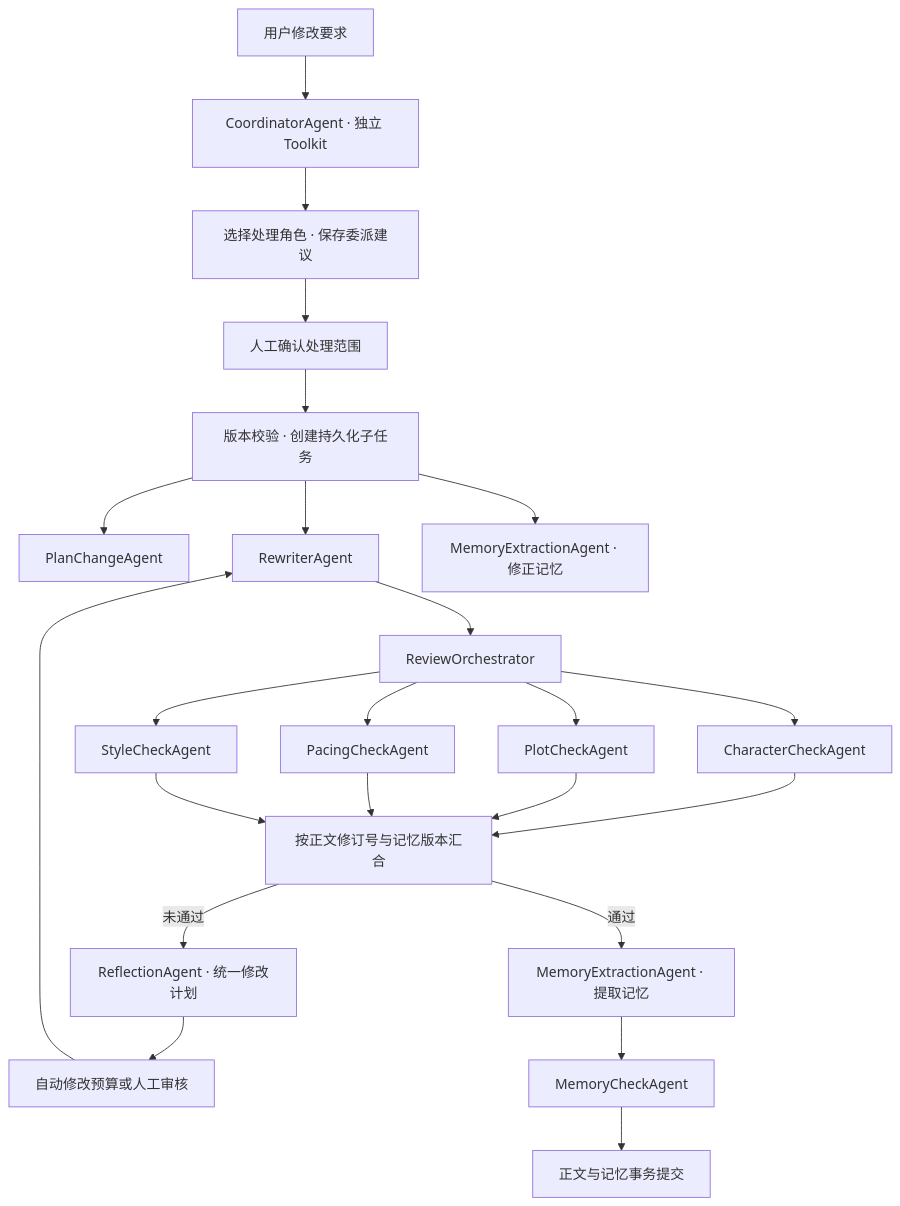
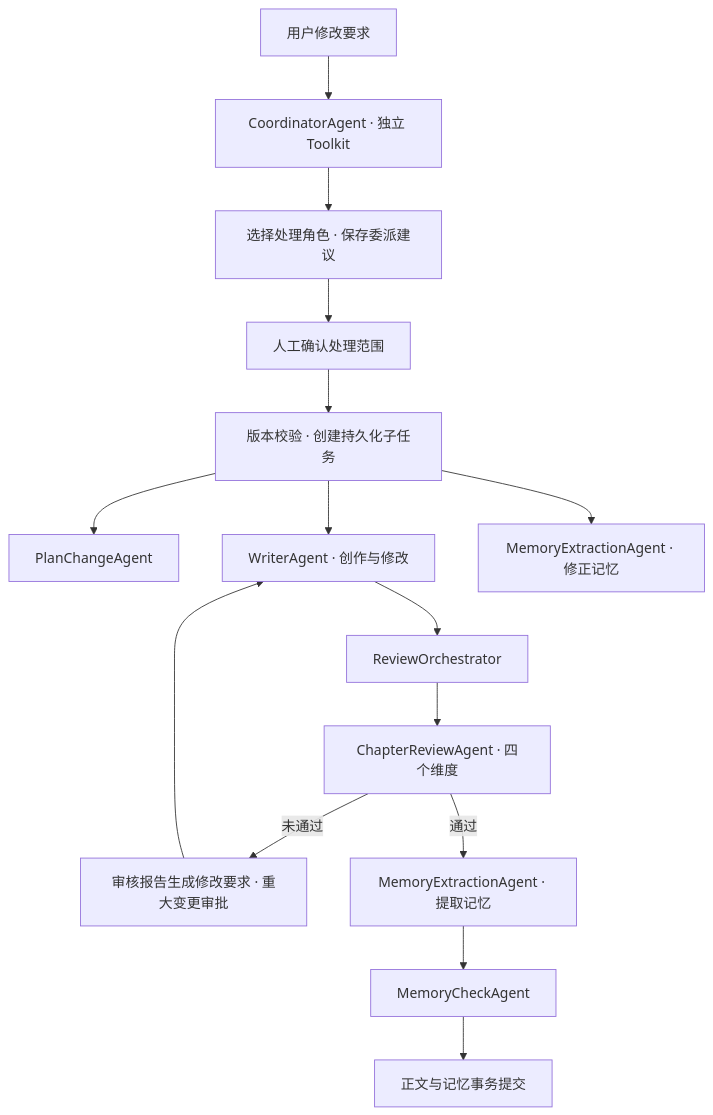
One commit to ccii1/novel-agent changed the fourth of 11 diagrams in README.md. Above: the diagram before and after it, drawn with Mermaid. The commit also changed other lines of this file and 37 other files, not shown here.

````diff
--- a/README.md
+++ b/README.md
@@ -158,25 +160,17 @@
 ```mermaid
 flowchart TD
     User["用户修改要求"] --> Coordinator["CoordinatorAgent · 独立 Toolkit"]
     Coordinator --> Proposal["选择处理角色 · 保存委派建议"]
     Proposal --> Human["人工确认处理范围"]
     Human --> Queue["版本校验 · 创建持久化子任务"]
     Queue --> Outline["PlanChangeAgent"]
-    Queue --> Writer["RewriterAgent"]
+    Queue --> Writer["WriterAgent · 创作与修改"]
     Queue --> Memory["MemoryExtractionAgent · 修正记忆"]
     Writer --> Review["ReviewOrchestrator"]
-    Review --> Character["CharacterCheckAgent"]
-    Review --> Plot["PlotCheckAgent"]
-    Review --> Pacing["PacingCheckAgent"]
-    Review --> Style["StyleCheckAgent"]
-    Character --> Gather["按正文修订号与记忆版本汇合"]
-    Plot --> Gather
-    Pacing --> Gather
-    Style --> Gather
-    Gather -->|未通过| Reflection["ReflectionAgent · 统一修改计划"]
-    Reflection --> Approval["自动修改预算或人工审核"]
+    Review --> Gather["ChapterReviewAgent · 四个维度"]
+    Gather -->|未通过| Approval["审核报告生成修改要求 · 重大变更审批"]
     Approval --> Writer
     Gather -->|通过| Extract["MemoryExtractionAgent · 提取记忆"]
     Extract --> CheckMemory["MemoryCheckAgent"]
     CheckMemory --> Commit["正文与记忆事务提交"]
 ```
````
